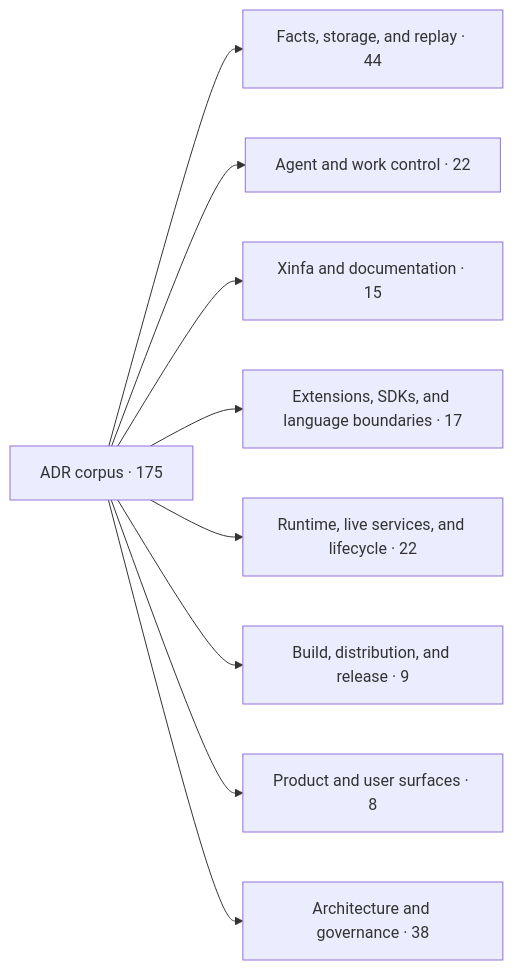
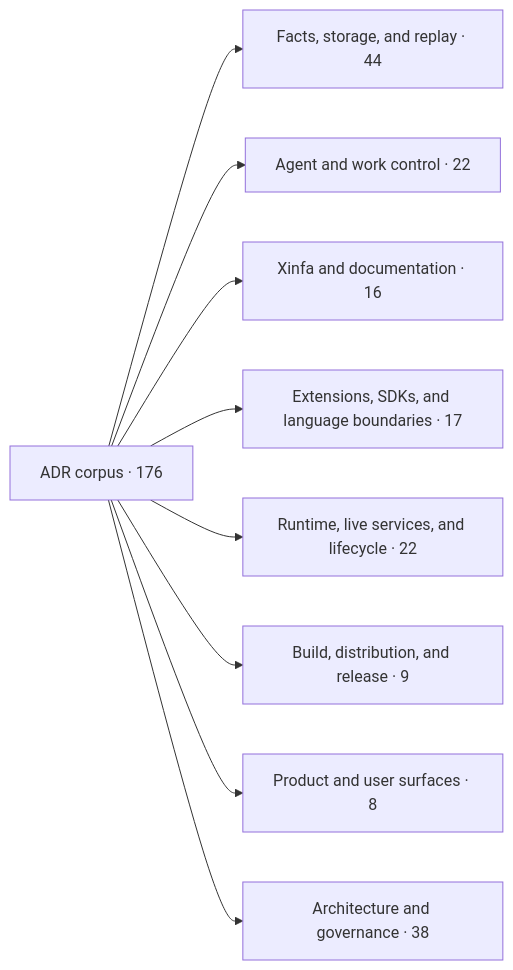
Before and after one commit to PterX/kungfu: the first of 2 diagrams in docs/architecture/adr-map.md, drawn with Mermaid. The commit also changed other lines of this file and 12 other files, not shown here.

````diff
--- a/docs/architecture/adr-map.md
+++ b/docs/architecture/adr-map.md
@@ -20,12 +20,12 @@
 ```mermaid
 flowchart LR
-  root["ADR corpus · 175"]
+  root["ADR corpus · 176"]
   root --> d0["Facts, storage, and replay · 44"]
   root --> d1["Agent and work control · 22"]
-  root --> d2["Xinfa and documentation · 15"]
+  root --> d2["Xinfa and documentation · 16"]
   root --> d3["Extensions, SDKs, and language boundaries · 17"]
   root --> d4["Runtime, live services, and lifecycle · 22"]
   root --> d5["Build, distribution, and release · 9"]
   root --> d6["Product and user surfaces · 8"]
   root --> d7["Architecture and governance · 38"]
 ```
````
